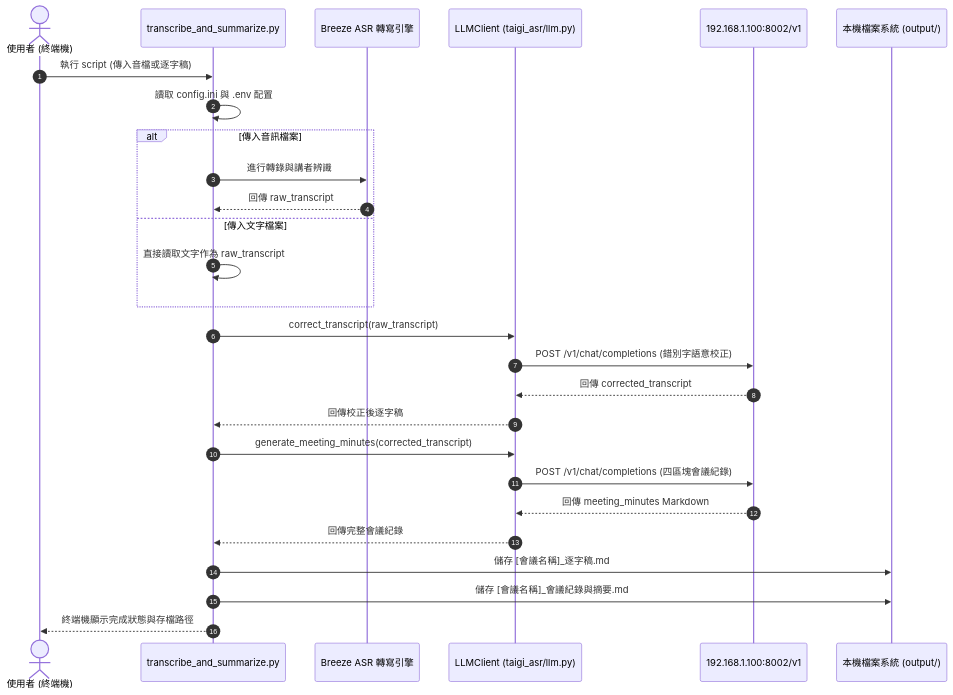
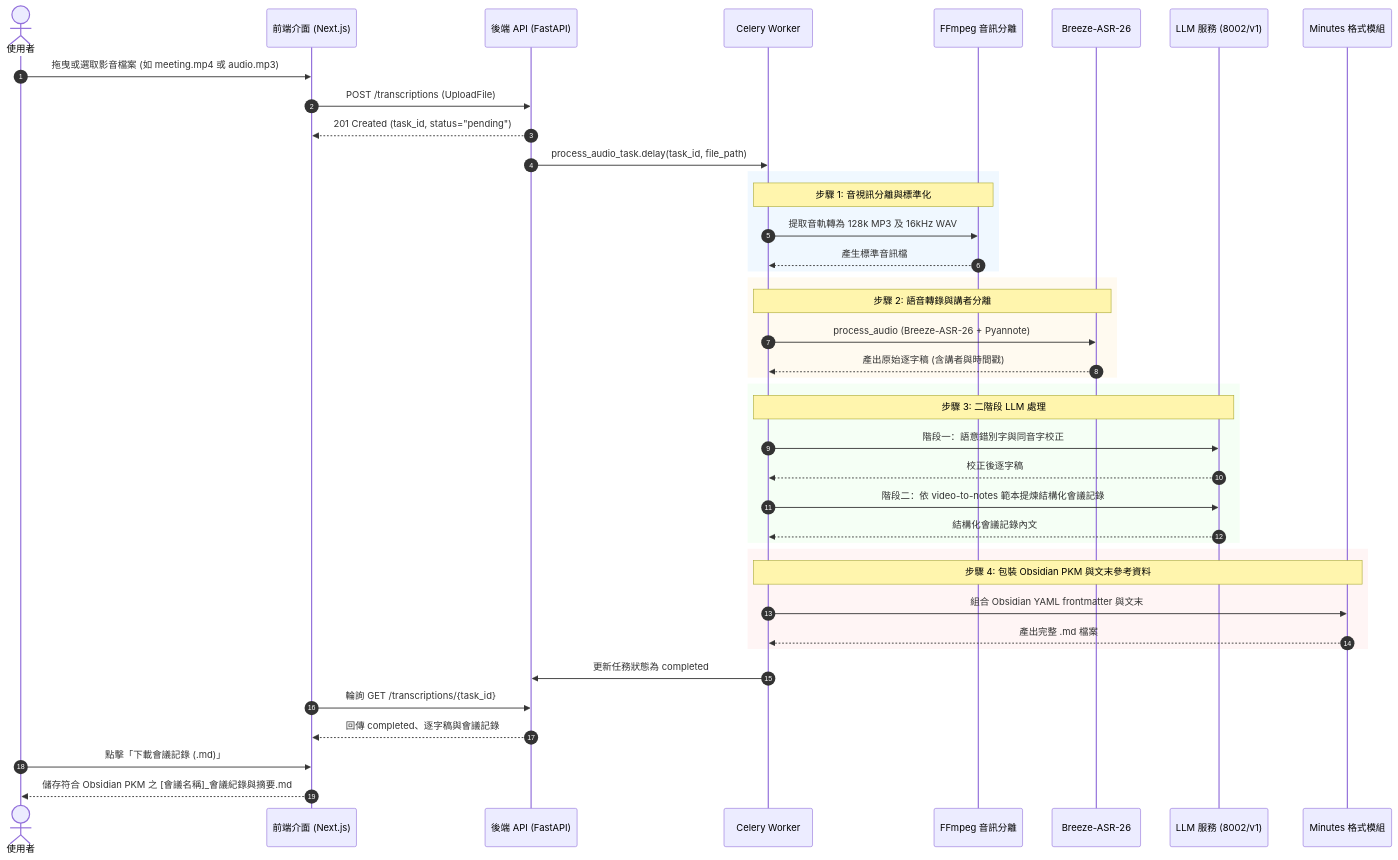
Before and after one commit to JK-Tian/breeze-asr-taigi: the second of 3 diagrams in docs/SDD.md, drawn with Mermaid. The commit also changed other lines of this file and 12 other files, not shown here.

First line of the commit message:
feat: 支援視訊會議錄影轉錄並統一整合 video-to-notes Markdown 格式

````diff
--- a/docs/SDD.md
+++ b/docs/SDD.md
@@ -137,30 +136,49 @@
 ```mermaid
 sequenceDiagram
     autonumber
-    actor User as 使用者 (終端機)
-    participant Script as transcribe_and_summarize.py
-    participant ASR as Breeze ASR 轉寫引擎
-    participant LLMClient as LLMClient (taigi_asr/llm.py)
-    participant RemoteLLM as 192.168.1.100:8002/v1
-    participant FileSystem as 本機檔案系統 (output/)
+    actor User as 使用者
+    participant UI as 前端介面 (Next.js)
+    participant API as 後端 API (FastAPI)
+    participant Celery as Celery Worker
+    participant FFmpeg as FFmpeg 音訊分離
+    participant ASR as Breeze-ASR-26
+    participant LLM as LLM 服務 (8002/v1)
+    participant Minutes as Minutes 格式模組
 
-    User->>Script: 執行 script (傳入音檔或逐字稿)
-    Script->>Script: 讀取 config.ini 與 .env 配置
-    alt 傳入音訊檔案
-        Script->>ASR: 進行轉錄與講者辨識
-        ASR-->>Script: 回傳 raw_transcript
-    else 傳入文字檔案
-        Script->>Script: 直接讀取文字作為 raw_transcript
+    User->>UI: 拖曳或選取影音檔案 (如 meeting.mp4 或 audio.mp3)
+    UI->>API: POST /transcriptions (UploadFile)
+    API-->>UI: 201 Created (task_id, status="pending")
+    API->>Celery: process_audio_task.delay(task_id, file_path)
+    
+    rect rgb(240, 248, 255)
+        Note over Celery,FFmpeg: 步驟 1: 音視訊分離與標準化
+        Celery->>FFmpeg: 提取音軌轉為 128k MP3 及 16kHz WAV
+        FFmpeg-->>Celery: 產生標準音訊檔
     end
-    Script->>LLMClient: correct_transcript(raw_transcript)
-    LLMClient->>RemoteLLM: POST /v1/chat/completions (錯別字語意校正)
-    RemoteLLM-->>LLMClient: 回傳 corrected_transcript
-    LLMClient-->>Script: 回傳校正後逐字稿
-    Script->>LLMClient: generate_meeting_minutes(corrected_transcript)
-    LLMClient->>RemoteLLM: POST /v1/chat/completions (四區塊會議紀錄)
-    RemoteLLM-->>LLMClient: 回傳 meeting_minutes Markdown
-    LLMClient-->>Script: 回傳完整會議紀錄
-    Script->>FileSystem: 儲存 [會議名稱]_逐字稿.md
-    Script->>FileSystem: 儲存 [會議名稱]_會議紀錄與摘要.md
-    Script-->>User: 終端機顯示完成狀態與存檔路徑
+
+    rect rgb(255, 250, 240)
+        Note over Celery,ASR: 步驟 2: 語音轉錄與講者分離
+        Celery->>ASR: process_audio (Breeze-ASR-26 + Pyannote)
+        ASR-->>Celery: 產出原始逐字稿 (含講者與時間戳)
+    end
+
+    rect rgb(245, 255, 245)
+        Note over Celery,LLM: 步驟 3: 二階段 LLM 處理
+        Celery->>LLM: 階段一：語意錯別字與同音字校正
+        LLM-->>Celery: 校正後逐字稿
+        Celery->>LLM: 階段二：依 video-to-notes 範本提煉結構化會議記錄
+        LLM-->>Celery: 結構化會議記錄內文
+    end
+
+    rect rgb(255, 245, 245)
+        Note over Celery,Minutes: 步驟 4: 包裝 Obsidian PKM 與文末參考資料
+        Celery->>Minutes: 組合 Obsidian YAML frontmatter 與文末 # 參考資料
+        Minutes-->>Celery: 產出完整 .md 檔案
+    end
+
+    Celery->>API: 更新任務狀態為 completed
+    UI->>API: 輪詢 GET /transcriptions/{task_id}
+    API-->>UI: 回傳 completed、逐字稿與會議記錄
+    User->>UI: 點擊「下載會議記錄 (.md)」
+    UI-->>User: 儲存符合 Obsidian PKM 之 [會議名稱]_會議紀錄與摘要.md
 ```
````
